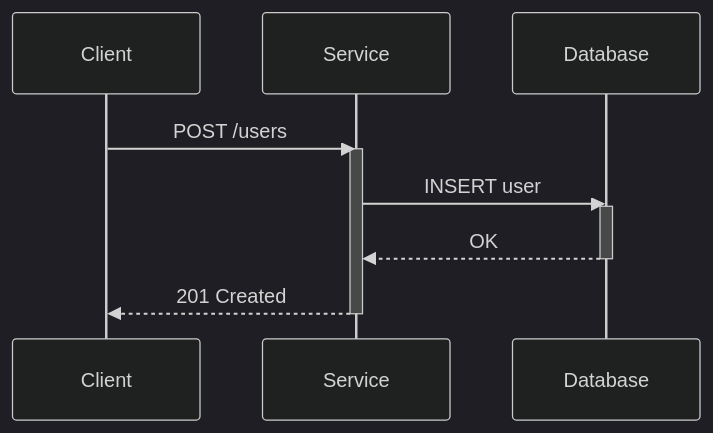
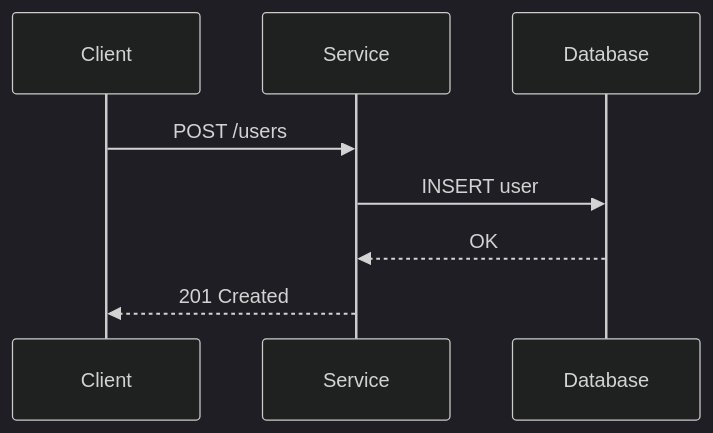
Before and after one commit to msewell/agent-stuff: the third of 9 diagrams in skills/rendering-clean-diagrams/references/02-diagram-patterns-by-type.md, drawn with Mermaid (dark theme). The commit also changed other lines of this file and 9 other files, not shown here.

````diff
--- a/skills/rendering-clean-diagrams/references/02-diagram-patterns-by-type.md
+++ b/skills/rendering-clean-diagrams/references/02-diagram-patterns-by-type.md
@@ -76,14 +76,10 @@
 ```mermaid
 sequenceDiagram
   participant C as Client
   participant S as Service
   participant D as Database
   C->>S: POST /users
-  activate S
   S->>D: INSERT user
-  activate D
   D-->>S: OK
-  deactivate D
   S-->>C: 201 Created
-  deactivate S
 ```
````
